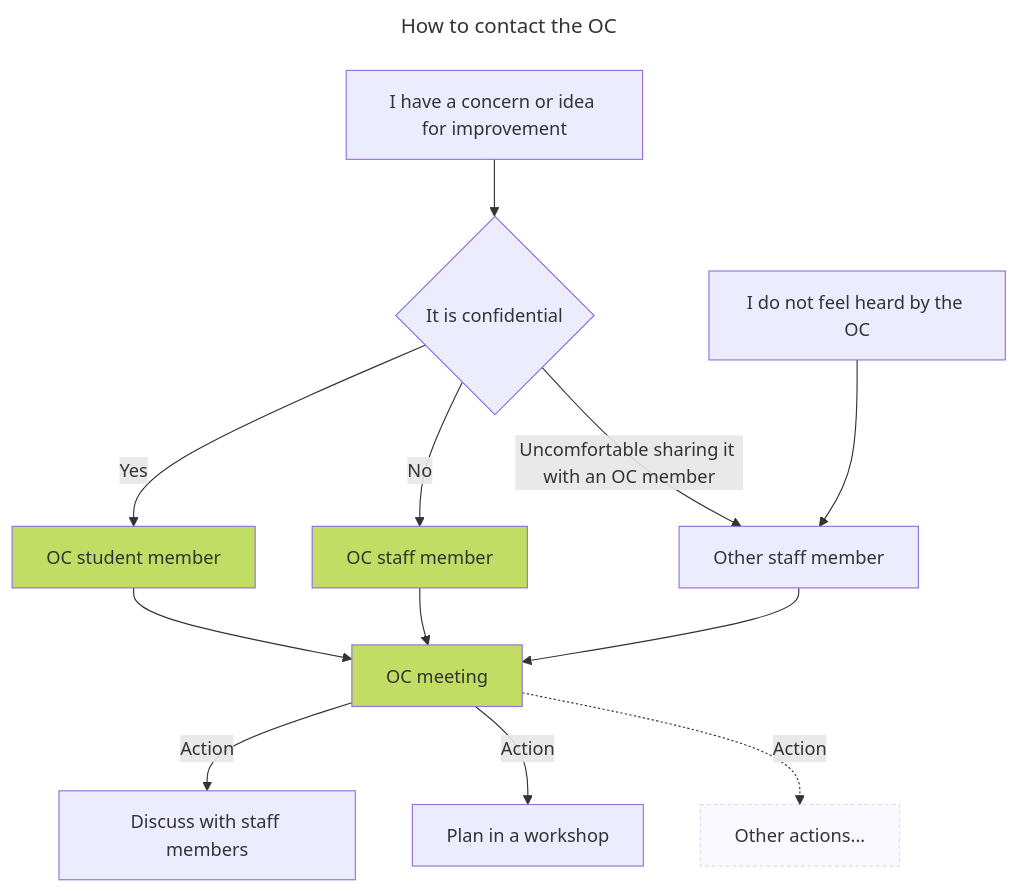
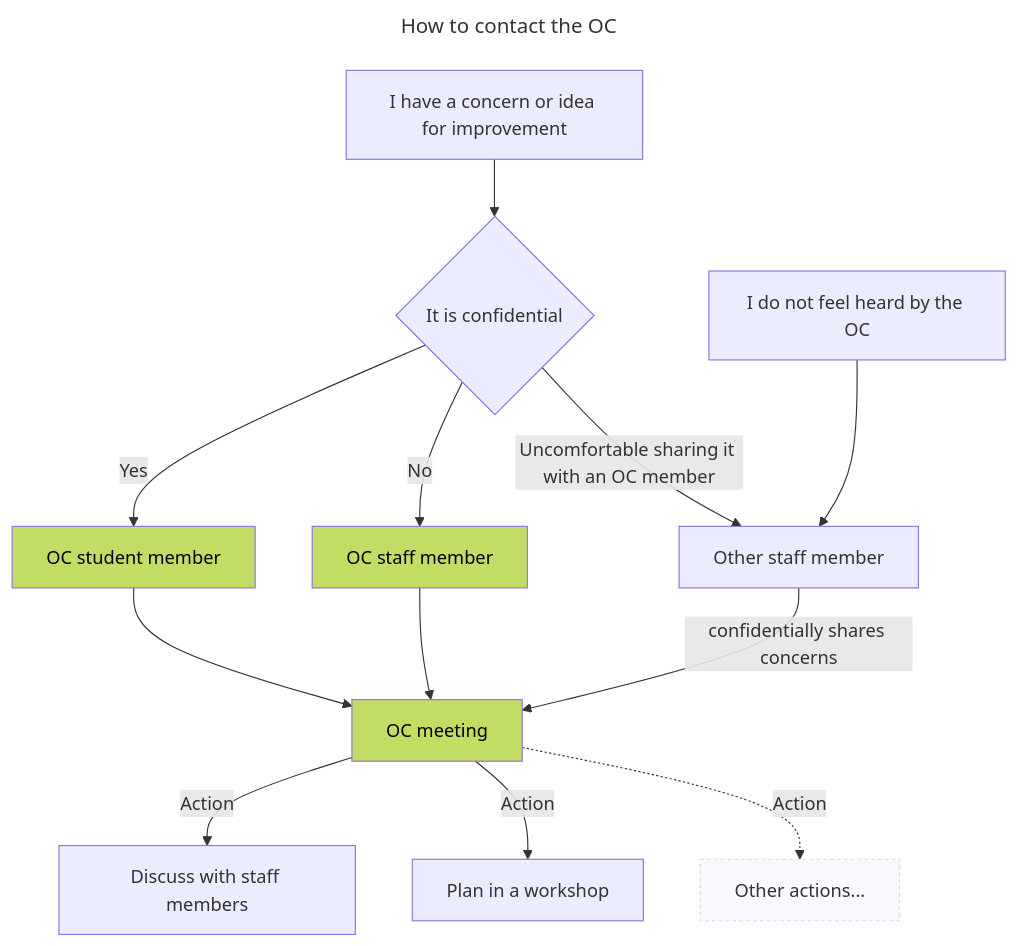
The diagram in docs/hello-mdd.md (xiduzo/mdd-oc), drawn with Mermaid before and after one commit. The commit also changed other lines of this file and 18 other files, not shown here.

````diff
--- a/docs/hello-mdd.md
+++ b/docs/hello-mdd.md
@@ -12,32 +8,32 @@
 ```mermaid
 ---
 title: How to contact the OC
 ---
 
 flowchart TD;
     Issue["I have a concern or idea for improvement"]
     OcStudentMembers["OC student member"]
     click OcStudentMembers "/docs/2023-2024/members" "See how to contact the current OC members"
-    style OcStudentMembers fill:#c2dd64
+    style OcStudentMembers fill:#c2dd64,color:#000
     OcStaffMembers["OC staff member"]
     click OcStaffMembers "/docs/2023-2024/members" "See how to contact the current OC members"
-    style OcStaffMembers fill:#c2dd64
+    style OcStaffMembers fill:#c2dd64,color:#000
 
     Issue --> Confident{It is confidential}
     Confident -->|Yes| OcStudentMembers
     Confident -->|No| OcStaffMembers
     Confident -->|Uncomfortable sharing it with an OC member| OtherStaff["Other staff member"]
 
     NotHeard["I do not feel heard by the OC"] --> OtherStaff
 
     OcStudentMembers --> OCMeeting["OC meeting"]
     OcStaffMembers --> OCMeeting
-    OtherStaff --> OCMeeting
+    OtherStaff -- confidentially shares concerns --> OCMeeting
 
     OCMeeting -- Action --> TeacherMeeting["Discuss with staff members"]
     OCMeeting -- Action --> Workshop["Plan in a workshop"]
     OCMeeting -. Action .-> OtherActions["Other actions..."]
     style OtherActions opacity:0.3,stroke-dasharray:3
     click OCMeeting "/docs/category/2023-2024" "See all OC meetings"
-    style OCMeeting fill:#c2dd64
+    style OCMeeting fill:#c2dd64,color:#000
 ```
````
